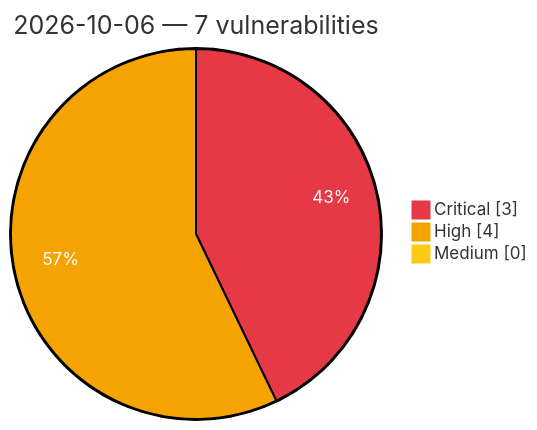
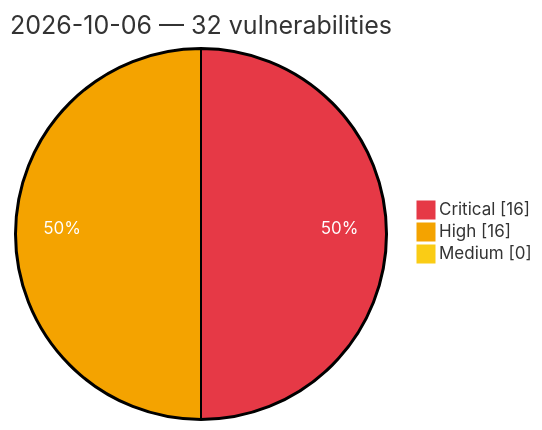
Before and after one commit to GhostX0X/vuln-tracker: the diagram in vulnerabilities/2026/October/2026-10-06.md, drawn with Mermaid. The commit also changed other lines of this file and 5 other files, not shown here.

Commit message:
Auto update: critical/high vulns (2026-10-06 14:22 UTC)

````diff
--- a/vulnerabilities/2026/October/2026-10-06.md
+++ b/vulnerabilities/2026/October/2026-10-06.md
@@ -3,8 +3,8 @@
 ```mermaid
 %%{init: {'theme':'base', 'themeVariables': {'pie1':'#e63946', 'pie2':'#f4a300', 'pie3':'#facc15', 'pieOpacity':'1', 'pieOuterStrokeWidth':'2px', 'pieSectionTextColor':'#ffffff'}}}%%
 pie showData
-    title 2026-10-06 — 7 vulnerabilities
-    "Critical" : 3
-    "High" : 4
+    title 2026-10-06 — 32 vulnerabilities
+    "Critical" : 16
+    "High" : 16
     "Medium" : 0
 ```
````
